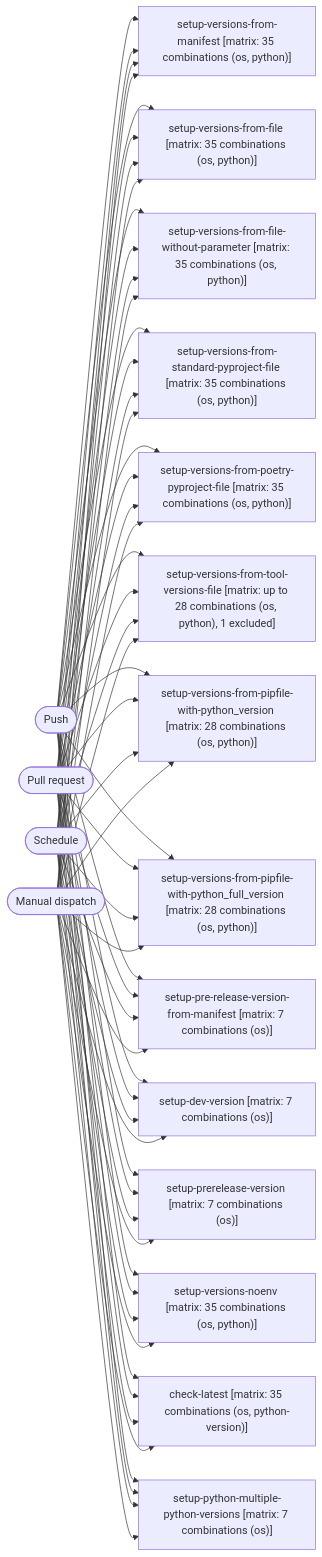
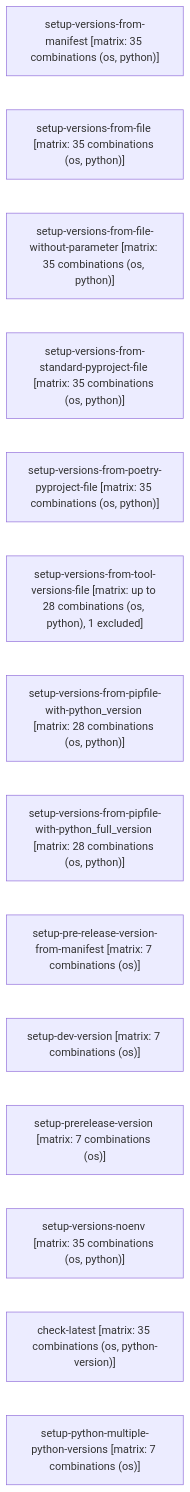
Before and after one commit to bhagatshivam/what-is-my-pipeline-doing: the diagram in tests/golden/setup_python_test.md, drawn with Mermaid. The commit also changed other lines of this file and 27 other files, not shown here.

````diff
--- a/tests/golden/setup_python_test.md
+++ b/tests/golden/setup_python_test.md
@@ -101,77 +109,17 @@
 ```mermaid
 flowchart LR
-    trigger_0(["Push"])
-    trigger_1(["Pull request"])
-    trigger_2(["Schedule"])
-    trigger_3(["Manual dispatch"])
     setup-versions-from-manifest["setup-versions-from-manifest [matrix: 35 combinations (os, python)]"]
     setup-versions-from-file["setup-versions-from-file [matrix: 35 combinations (os, python)]"]
     setup-versions-from-file-without-parameter["setup-versions-from-file-without-parameter [matrix: 35 combinations (os, python)]"]
     setup-versions-from-standard-pyproject-file["setup-versions-from-standard-pyproject-file [matrix: 35 combinations (os, python)]"]
     setup-versions-from-poetry-pyproject-file["setup-versions-from-poetry-pyproject-file [matrix: 35 combinations (os, python)]"]
     setup-versions-from-tool-versions-file["setup-versions-from-tool-versions-file [matrix: up to 28 combinations (os, python), 1 excluded]"]
     setup-versions-from-pipfile-with-python_version["setup-versions-from-pipfile-with-python_version [matrix: 28 combinations (os, python)]"]
     setup-versions-from-pipfile-with-python_full_version["setup-versions-from-pipfile-with-python_full_version [matrix: 28 combinations (os, python)]"]
     setup-pre-release-version-from-manifest["setup-pre-release-version-from-manifest [matrix: 7 combinations (os)]"]
     setup-dev-version["setup-dev-version [matrix: 7 combinations (os)]"]
     setup-prerelease-version["setup-prerelease-version [matrix: 7 combinations (os)]"]
     setup-versions-noenv["setup-versions-noenv [matrix: 35 combinations (os, python)]"]
     check-latest["check-latest [matrix: 35 combinations (os, python-version)]"]
     setup-python-multiple-python-versions["setup-python-multiple-python-versions [matrix: 7 combinations (os)]"]
-    trigger_0 --> setup-versions-from-manifest
-    trigger_0 --> setup-versions-from-file
-    trigger_0 --> setup-versions-from-file-without-parameter
-    trigger_0 --> setup-versions-from-standard-pyproject-file
-    trigger_0 --> setup-versions-from-poetry-pyproject-file
-    trigger_0 --> setup-versions-from-tool-versions-file
-    trigger_0 --> setup-versions-from-pipfile-with-python_version
-    trigger_0 --> setup-versions-from-pipfile-with-python_full_version
-    trigger_0 --> setup-pre-release-version-from-manifest
-    trigger_0 --> setup-dev-version
-    trigger_0 --> setup-prerelease-version
-    trigger_0 --> setup-versions-noenv
-    trigger_0 --> check-latest
-    trigger_0 --> setup-python-multiple-python-versions
-    trigger_1 --> setup-versions-from-manifest
-    trigger_1 --> setup-versions-from-file
-    trigger_1 --> setup-versions-from-file-without-parameter
-    trigger_1 --> setup-versions-from-standard-pyproject-file
-    trigger_1 --> setup-versions-from-poetry-pyproject-file
-    trigger_1 --> setup-versions-from-tool-versions-file
-    trigger_1 --> setup-versions-from-pipfile-with-python_version
-    trigger_1 --> setup-versions-from-pipfile-with-python_full_version
-    trigger_1 --> setup-pre-release-version-from-manifest
-    trigger_1 --> setup-dev-version
-    trigger_1 --> setup-prerelease-version
-    trigger_1 --> setup-versions-noenv
-    trigger_1 --> check-latest
-    trigger_1 --> setup-python-multiple-python-versions
-    trigger_2 --> setup-versions-from-manifest
-    trigger_2 --> setup-versions-from-file
-    trigger_2 --> setup-versions-from-file-without-parameter
-    trigger_2 --> setup-versions-from-standard-pyproject-file
-    trigger_2 --> setup-versions-from-poetry-pyproject-file
-    trigger_2 --> setup-versions-from-tool-versions-file
-    trigger_2 --> setup-versions-from-pipfile-with-python_version
-    trigger_2 --> setup-versions-from-pipfile-with-python_full_version
-    trigger_2 --> setup-pre-release-version-from-manifest
-    trigger_2 --> setup-dev-version
-    trigger_2 --> setup-prerelease-version
-    trigger_2 --> setup-versions-noenv
-    trigger_2 --> check-latest
-    trigger_2 --> setup-python-multiple-python-versions
-    trigger_3 --> setup-versions-from-manifest
-    trigger_3 --> setup-versions-from-file
-    trigger_3 --> setup-versions-from-file-without-parameter
-    trigger_3 --> setup-versions-from-standard-pyproject-file
-    trigger_3 --> setup-versions-from-poetry-pyproject-file
-    trigger_3 --> setup-versions-from-tool-versions-file
-    trigger_3 --> setup-versions-from-pipfile-with-python_version
-    trigger_3 --> setup-versions-from-pipfile-with-python_full_version
-    trigger_3 --> setup-pre-release-version-from-manifest
-    trigger_3 --> setup-dev-version
-    trigger_3 --> setup-prerelease-version
-    trigger_3 --> setup-versions-noenv
-    trigger_3 --> check-latest
-    trigger_3 --> setup-python-multiple-python-versions
 ```
````
